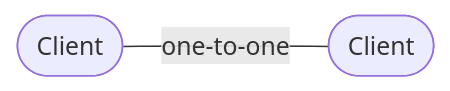
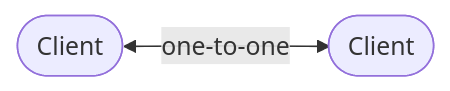
Before and after one commit to shinka-rpc/shinka-js: the first of 2 diagrams in docs/api-reference/core/client.md, drawn with Mermaid. The commit also changed other lines of this file and 53 other files, not shown here.

````diff
--- a/docs/api-reference/core/client.md
+++ b/docs/api-reference/core/client.md
@@ -12,4 +9,4 @@
 ```mermaid
 flowchart LR
-    A([Client]) -- "one-to-one" --- B([Client])
+    A([Client]) <-->|"one-to-one"| B([Client])
 ```
````
